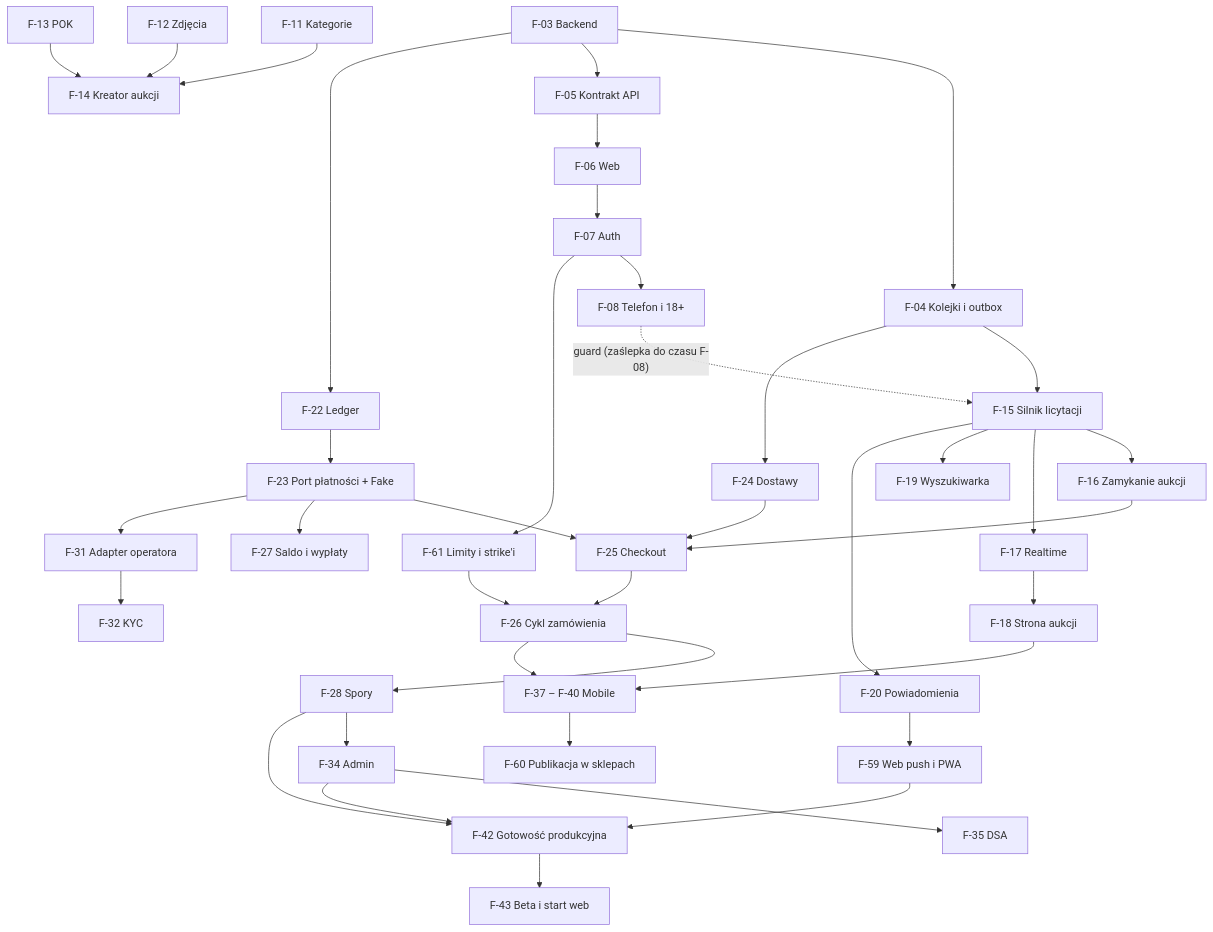
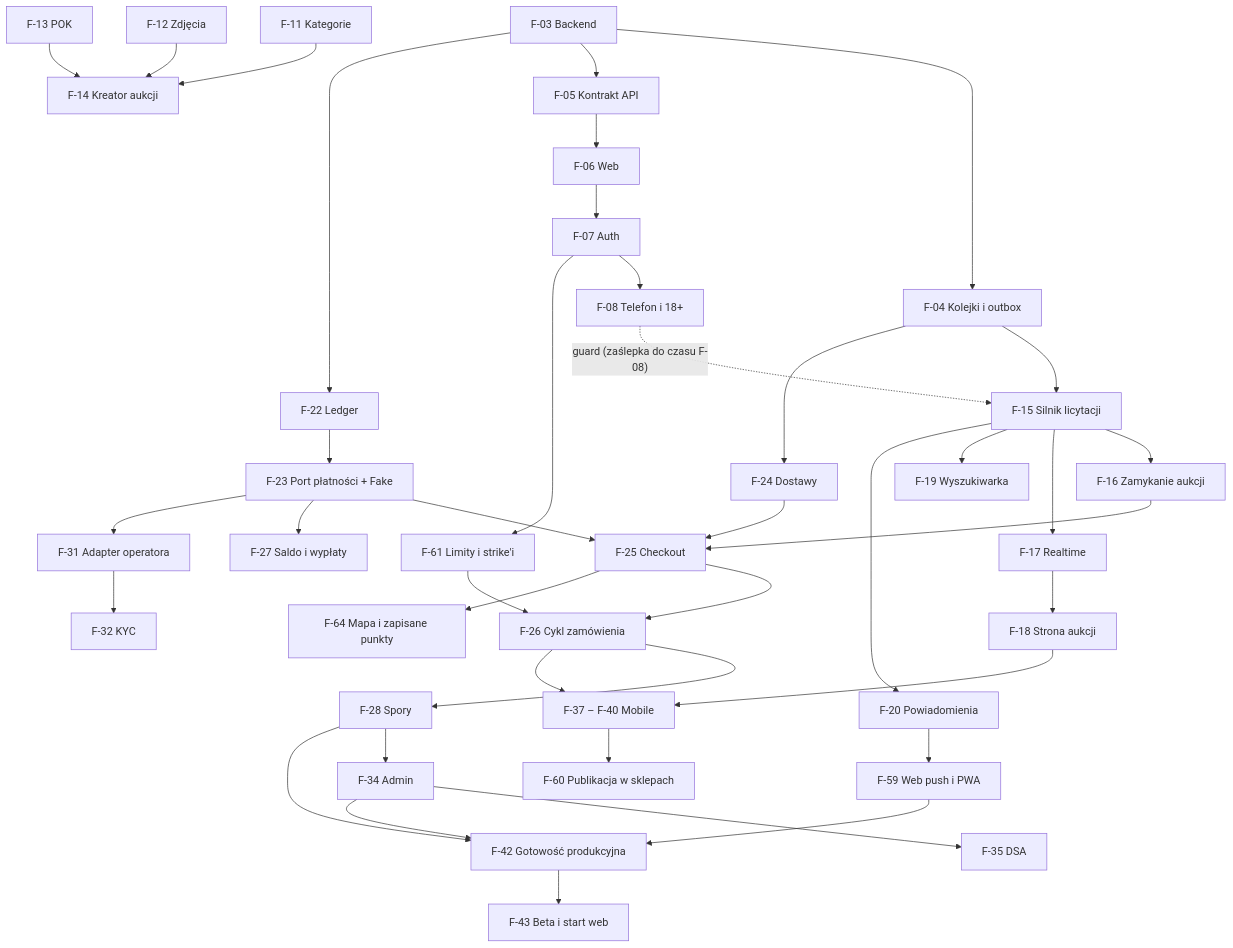
Before and after one commit to Bembnias/biddy: the diagram in docs/FEATURES.md, drawn with Mermaid. The commit also changed other lines of this file and 86 other files, not shown here.

First line of the commit message:
feat(shipping): F-64 punkty odbioru: mapa i zapisane punkty

````diff
--- a/docs/FEATURES.md
+++ b/docs/FEATURES.md
@@ -160,33 +161,34 @@
 ```mermaid
 flowchart TD
   F03["F-03 Backend"] --> F04["F-04 Kolejki i outbox"]
   F03 --> F05["F-05 Kontrakt API"] --> F06["F-06 Web"] --> F07["F-07 Auth"] --> F08["F-08 Telefon i 18+"]
   F07 --> F61["F-61 Limity i strike'i"]
   F11["F-11 Kategorie"] --> F14["F-14 Kreator aukcji"]
   F12["F-12 Zdjęcia"] --> F14
   F13["F-13 POK"] --> F14
   F08 -. "guard (zaślepka do czasu F-08)" .-> F15["F-15 Silnik licytacji"]
   F04 --> F15
   F15 --> F16["F-16 Zamykanie aukcji"]
   F15 --> F17["F-17 Realtime"] --> F18["F-18 Strona aukcji"]
   F15 --> F19["F-19 Wyszukiwarka"]
   F15 --> F20["F-20 Powiadomienia"] --> F59["F-59 Web push i PWA"]
   F03 --> F22["F-22 Ledger"] --> F23["F-23 Port płatności + Fake"]
   F04 --> F24["F-24 Dostawy"]
   F16 --> F25["F-25 Checkout"]
   F23 --> F25
   F24 --> F25
   F25 --> F26["F-26 Cykl zamówienia"]
+  F25 --> F64["F-64 Mapa i zapisane punkty"]
   F61 --> F26
   F26 --> F28["F-28 Spory"]
   F23 --> F27["F-27 Saldo i wypłaty"]
   F23 --> F31["F-31 Adapter operatora"] --> F32["F-32 KYC"]
   F28 --> F34["F-34 Admin"] --> F35["F-35 DSA"]
   F28 --> F42["F-42 Gotowość produkcyjna"]
   F34 --> F42
   F59 --> F42
   F42 --> F43["F-43 Beta i start web"]
   F18 --> MOB["F-37 – F-40 Mobile"]
   F26 --> MOB
   MOB --> F60["F-60 Publikacja w sklepach"]
 ```
````
